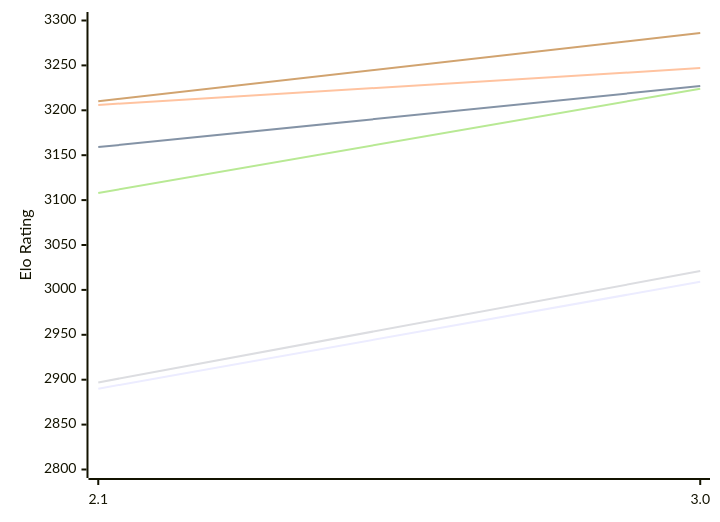
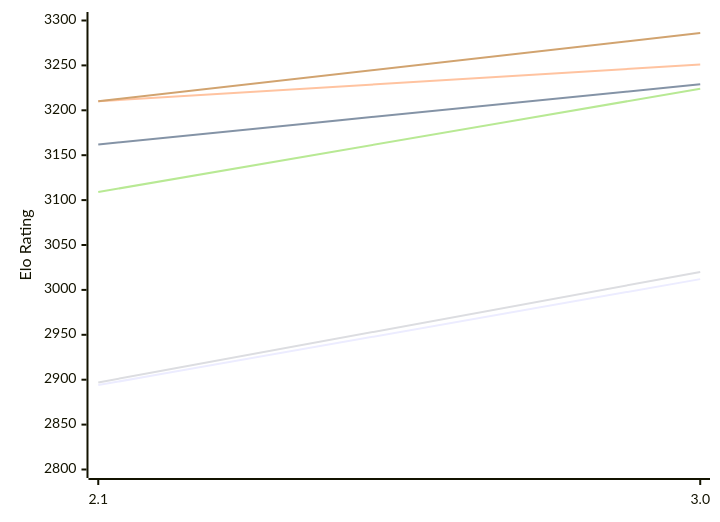
Before and after one commit to computer-chess-index/cci: the first of 2 diagrams in engines/Quirky.md, drawn with Mermaid. The commit also changed other lines of this file, not shown here.

Commit message:
Update CCI Ratings (ELO VLTC) - 2026-11-22

````diff
--- a/engines/Quirky.md
+++ b/engines/Quirky.md
@@ -50,12 +50,12 @@
 ```mermaid
 %%{init: {"theme":"base","themeVariables":{"seriesColors:['#a3a3a3','#222221','#faa371']}}}%%
 xychart-beta
   x-axis ["2.1", "3.0"]
   y-axis "Elo Rating" 2800 --> 3300
-  line "E1: STC (8.0+0.08s)" [2890, 3009]
-  line "E1: LTC (60.0+0.60s)" [3159, 3227]
-  line "E1: VLTC (2m24s+1.12s)" [3206, 3247]
-  line "P1: STC (8.0+0.08s)" [2897, 3021]
-  line "P1: LTC (60.0+0.60s)" [3108, 3224]
+  line "E1: STC (8.0+0.08s)" [2894, 3012]
+  line "E1: LTC (60.0+0.60s)" [3162, 3229]
+  line "E1: VLTC (2m24s+1.12s)" [3210, 3251]
+  line "P1: STC (8.0+0.08s)" [2897, 3020]
+  line "P1: LTC (60.0+0.60s)" [3109, 3224]
   line "P1: VLTC (2m24s+1.12s)" [3210, 3286]
 ```
````
